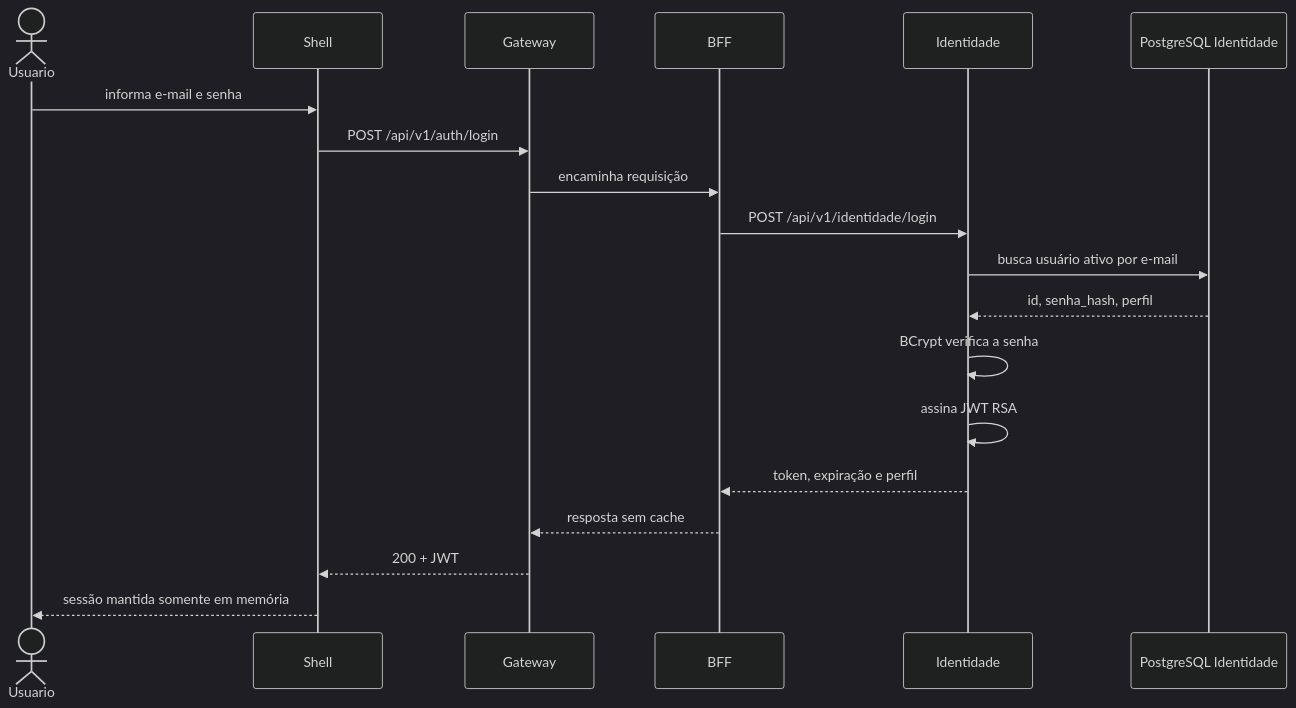
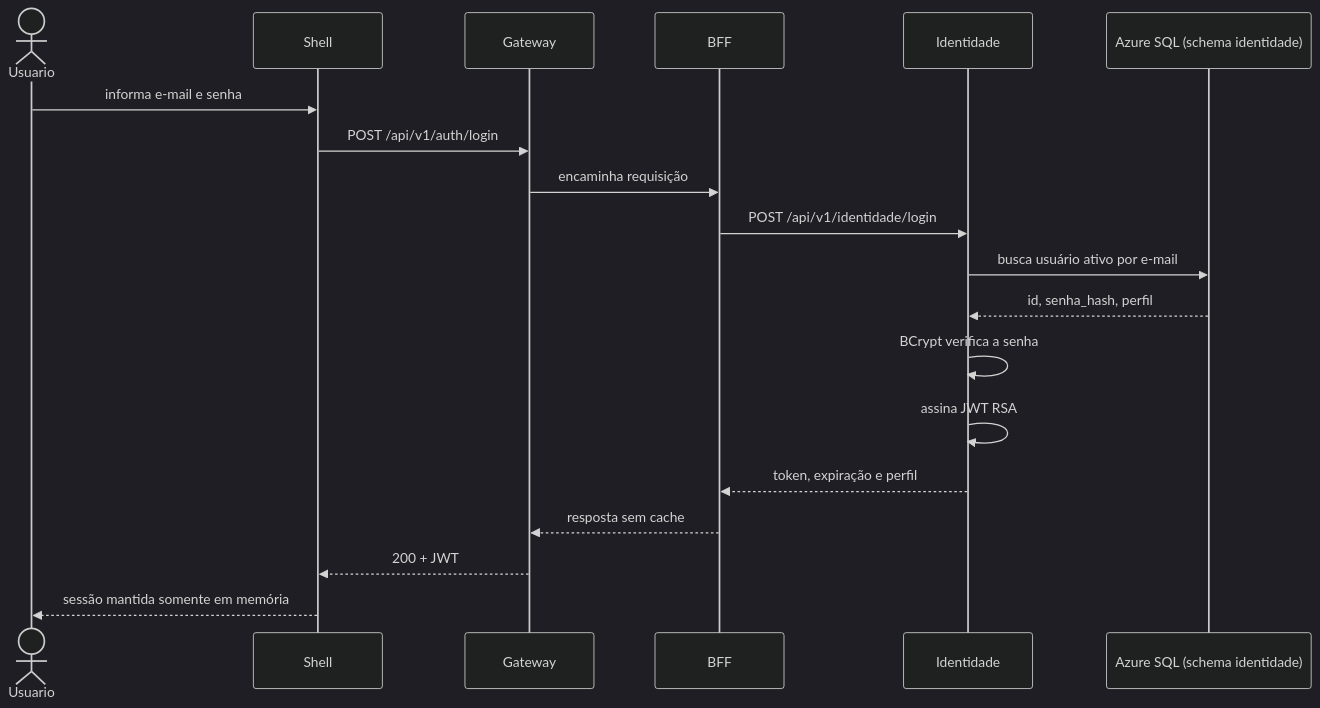
The sixth of 14 diagrams in docs/DIAGRAMAS-ARQUITETURA.md (mateusblm/nexfleet), drawn with Mermaid (dark theme) before and after one commit. The commit also changed other lines of this file, not shown here.

Commit message:
Diagramas da v1.0.0: Frota no MongoDB, demais serviços no Azure SQL por schema e visão consolidada

````diff
--- a/docs/DIAGRAMAS-ARQUITETURA.md
+++ b/docs/DIAGRAMAS-ARQUITETURA.md
@@ -230,22 +234,22 @@
 ```mermaid
 sequenceDiagram
   actor Usuario
   participant Shell
   participant Gateway
   participant BFF
   participant Identidade
-  participant Banco as PostgreSQL Identidade
+  participant Banco as Azure SQL (schema identidade)
 
   Usuario->>Shell: informa e-mail e senha
   Shell->>Gateway: POST /api/v1/auth/login
   Gateway->>BFF: encaminha requisição
   BFF->>Identidade: POST /api/v1/identidade/login
   Identidade->>Banco: busca usuário ativo por e-mail
   Banco-->>Identidade: id, senha_hash, perfil
   Identidade->>Identidade: BCrypt verifica a senha
   Identidade->>Identidade: assina JWT RSA
   Identidade-->>BFF: token, expiração e perfil
   BFF-->>Gateway: resposta sem cache
   Gateway-->>Shell: 200 + JWT
   Shell-->>Usuario: sessão mantida somente em memória
 ```
````
